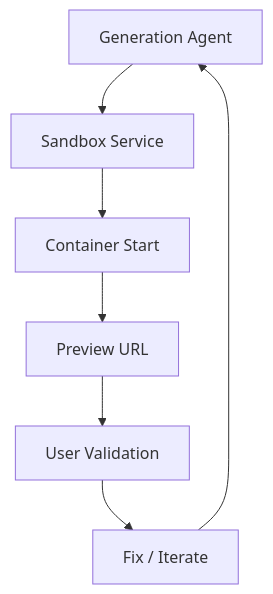
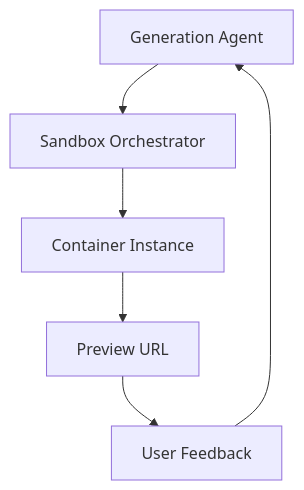
One commit to johnxie/awesome-code-docs changed the diagram in tutorials/vibesdk-tutorial/04-sandbox-and-preview-runtime.md. Above: the diagram before and after it, drawn with Mermaid. The commit also changed other lines of this file and 7 other files, not shown here.

Commit message:
docs: deepen VibeSDK chapters with architecture and ops detail (#70)

````diff
--- a/tutorials/vibesdk-tutorial/04-sandbox-and-preview-runtime.md
+++ b/tutorials/vibesdk-tutorial/04-sandbox-and-preview-runtime.md
@@ -31,9 +29,8 @@
 ```mermaid
 graph TD
-    A[Generation Agent] --> B[Sandbox Service]
-    B --> C[Container Start]
+    A[Generation Agent] --> B[Sandbox Orchestrator]
+    B --> C[Container Instance]
     C --> D[Preview URL]
-    D --> E[User Validation]
-    E --> F[Fix / Iterate]
-    F --> A
+    D --> E[User Feedback]
+    E --> A
 ```
````
